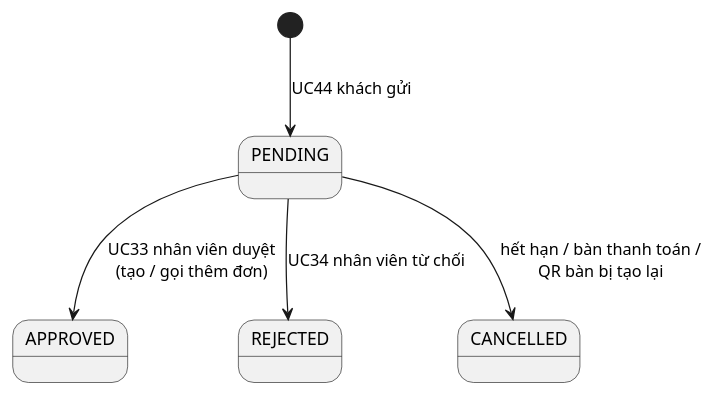
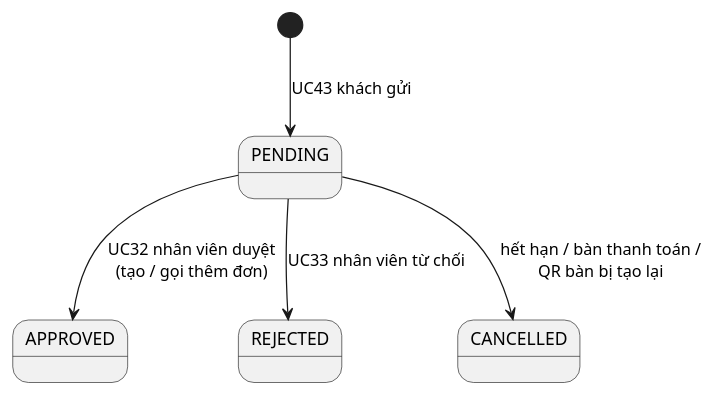
One commit to TruongHidu/XayPOS_be changed the second of 2 diagrams in docs/usecase/09-goi-mon-qr.md. Above: the diagram before and after it, drawn with PlantUML. The commit also changed other lines of this file and 50 other files, not shown here.

````diff
--- a/docs/usecase/09-goi-mon-qr.md
+++ b/docs/usecase/09-goi-mon-qr.md
@@ -40,8 +40,8 @@
 ```plantuml
 @startuml ST_QrRequest
-[*] --> PENDING : UC44 khách gửi
-PENDING --> APPROVED : UC33 nhân viên duyệt\n(tạo / gọi thêm đơn)
-PENDING --> REJECTED : UC34 nhân viên từ chối
+[*] --> PENDING : UC43 khách gửi
+PENDING --> APPROVED : UC32 nhân viên duyệt\n(tạo / gọi thêm đơn)
+PENDING --> REJECTED : UC33 nhân viên từ chối
 PENDING --> CANCELLED : hết hạn / bàn thanh toán /\nQR bàn bị tạo lại
 @enduml
 ```
````
